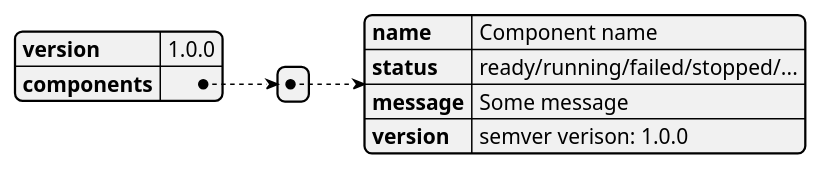
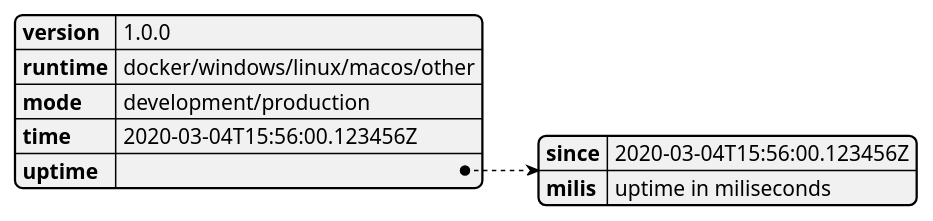
Before and after one commit to COSSAS/SOARCA: diagram 14 of 18 in docs/content/en/docs/core-components/api-design.md, drawn with PlantUML. The commit also changed other lines of this file, not shown here.

Commit message:
Updated /status api description

````diff
--- a/docs/content/en/docs/core-components/api-design.md
+++ b/docs/content/en/docs/core-components/api-design.md
@@ -416,15 +416,14 @@
 ```plantuml
 @startjson
 {
     "version": "1.0.0",
-    "components": [
-        {
-            "name": "Component name",
-            "status": "ready/running/failed/stopped/...",
-            "message": "Some message",
-            "version": "semver verison: 1.0.0"
-        }
-    ]
+    "runtime": "docker/windows/linux/macos/other",
+    "mode" : "development/production",
+    "time" : "2020-03-04T15:56:00.123456Z",
+    "uptime": {
+        "since": "2020-03-04T15:56:00.123456Z",
+        "milis": "uptime in miliseconds"
+    }
 }
 @endjson
 ```
````
